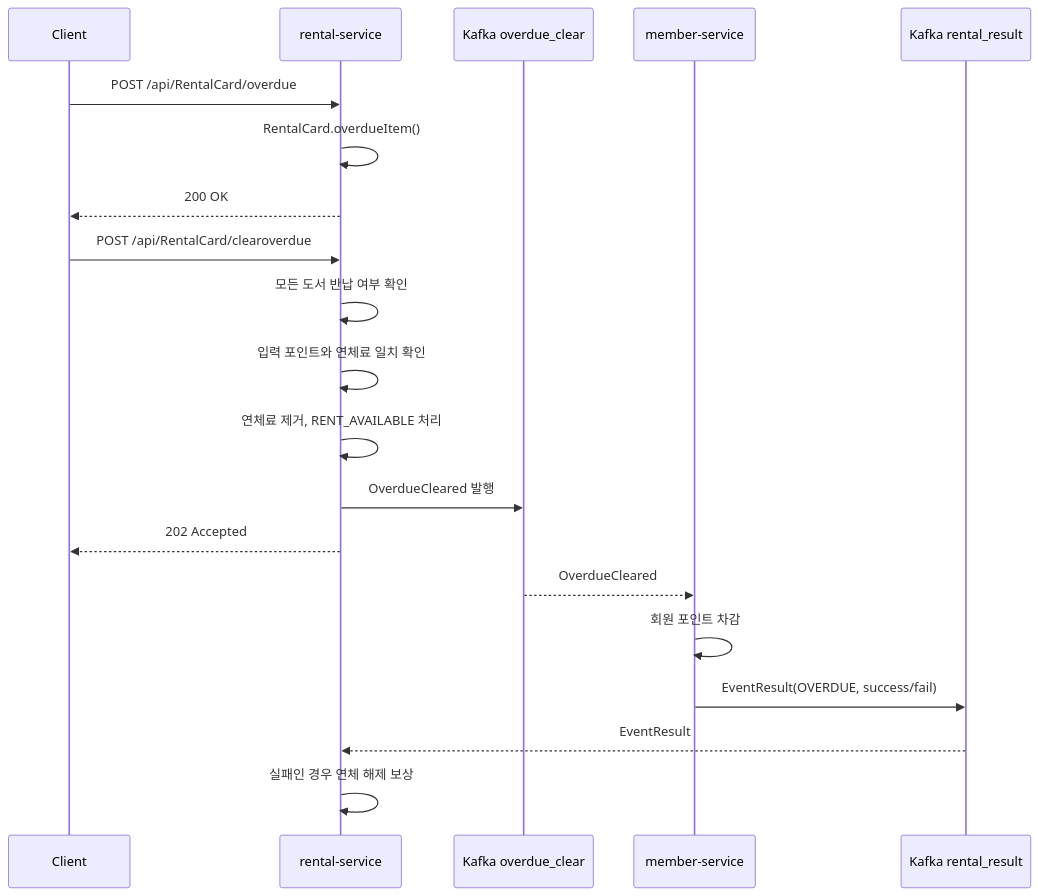
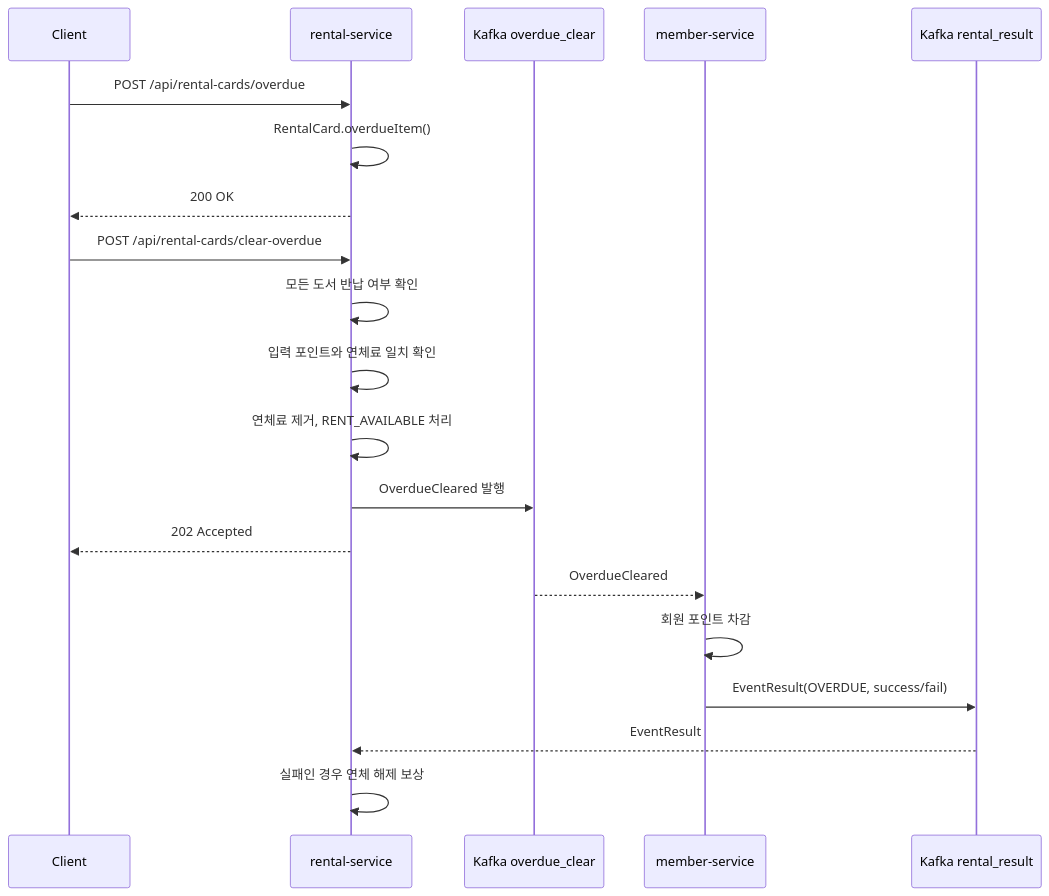
The fourth of 7 diagrams in README.md (limjeahun/library-rental-eda), drawn with Mermaid before and after one commit. The commit also changed other lines of this file and 72 other files, not shown here.

````diff
--- a/README.md
+++ b/README.md
@@ -351,26 +370,26 @@
 ```mermaid
 sequenceDiagram
     participant C as Client
     participant R as rental-service
     participant K as Kafka overdue_clear
     participant M as member-service
     participant RR as Kafka rental_result
 
-    C->>R: POST /api/RentalCard/overdue
+    C->>R: POST /api/rental-cards/overdue
     R->>R: RentalCard.overdueItem()
     R-->>C: 200 OK
 
-    C->>R: POST /api/RentalCard/clearoverdue
+    C->>R: POST /api/rental-cards/clear-overdue
     R->>R: 모든 도서 반납 여부 확인
     R->>R: 입력 포인트와 연체료 일치 확인
     R->>R: 연체료 제거, RENT_AVAILABLE 처리
     R->>K: OverdueCleared 발행
     R-->>C: 202 Accepted
 
     K-->>M: OverdueCleared
     M->>M: 회원 포인트 차감
     M->>RR: EventResult(OVERDUE, success/fail)
 
     RR-->>R: EventResult
     R->>R: 실패인 경우 연체 해제 보상
 ```
````
